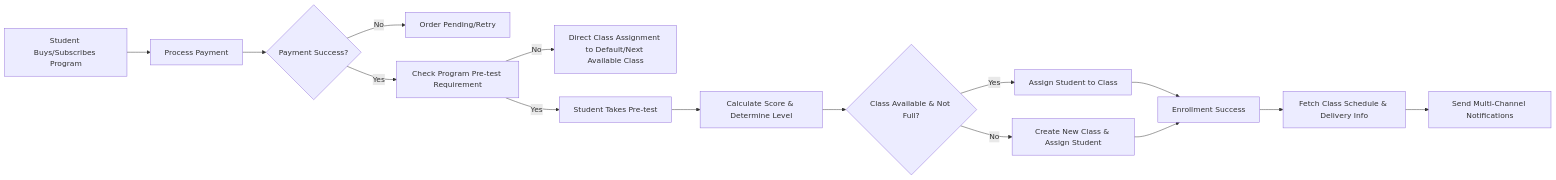
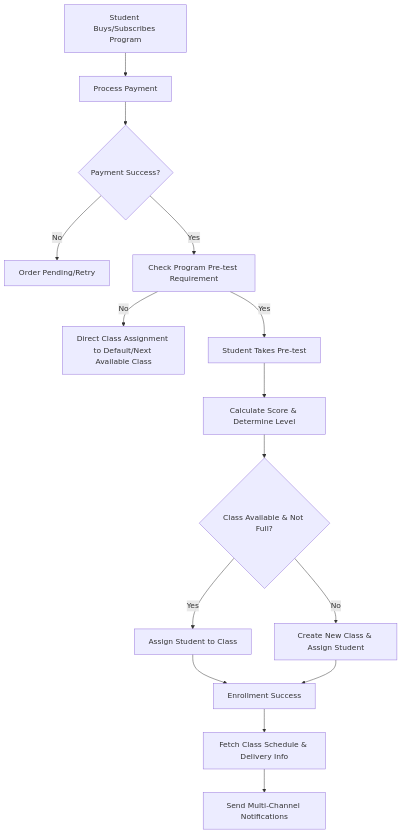
Before and after one commit to hasansas/saas-lms: the third of 7 diagrams in README.md, drawn with Mermaid. The commit also changed other lines of this file, not shown here.

````diff
--- a/README.md
+++ b/README.md
@@ -192,21 +192,21 @@
 ```mermaid
-flowchart LR
+flowchart TD
 A[Student Buys/Subscribes Program] --> B[Process Payment]
 B --> C{Payment Success?}
 C -->|No| D[Order Pending/Retry]
 C -->|Yes| E[Check Program Pre-test Requirement]
 
 E -->|No| F[Direct Class Assignment to Default/Next Available Class]
 E -->|Yes| G[Student Takes Pre-test]
 G --> H[Calculate Score & Determine Level]
 
 H --> I{Class Available & Not Full?}
 I -->|Yes| J[Assign Student to Class]
 I -->|No| K[Create New Class & Assign Student]
 
 J --> L[Enrollment Success]
 K --> L[Enrollment Success]
 
 L --> M[Fetch Class Schedule & Delivery Info]
 M --> N[Send Multi-Channel Notifications]
 ```
````
